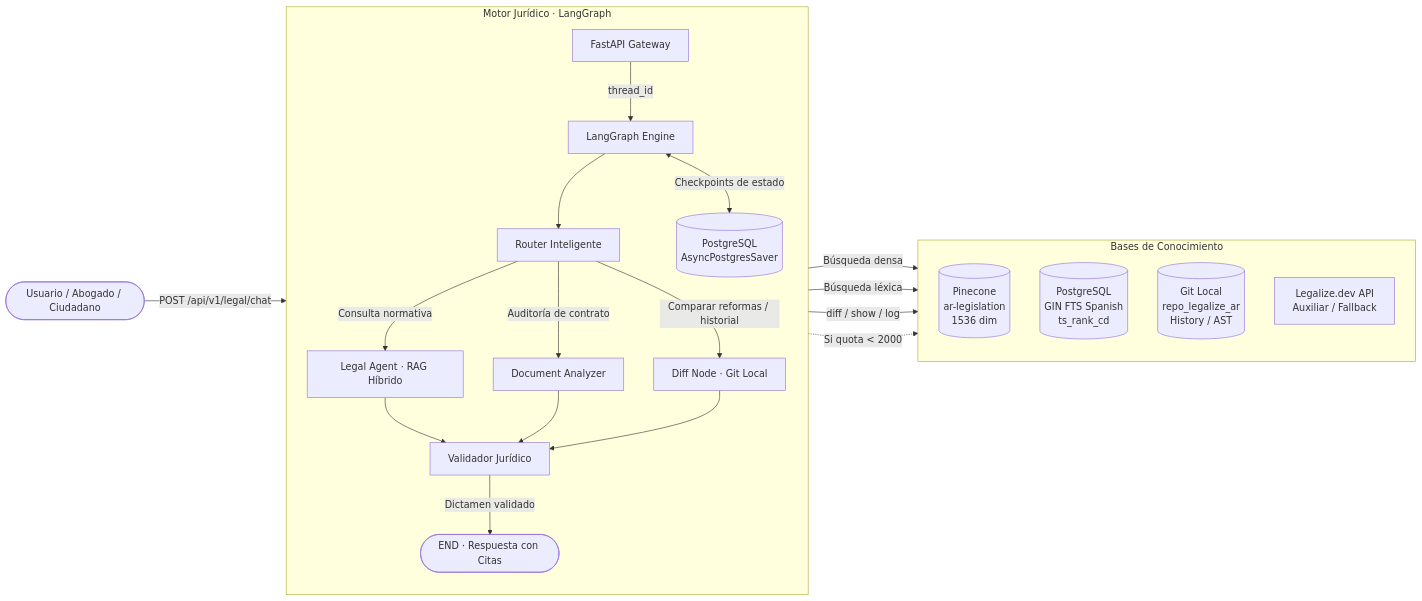
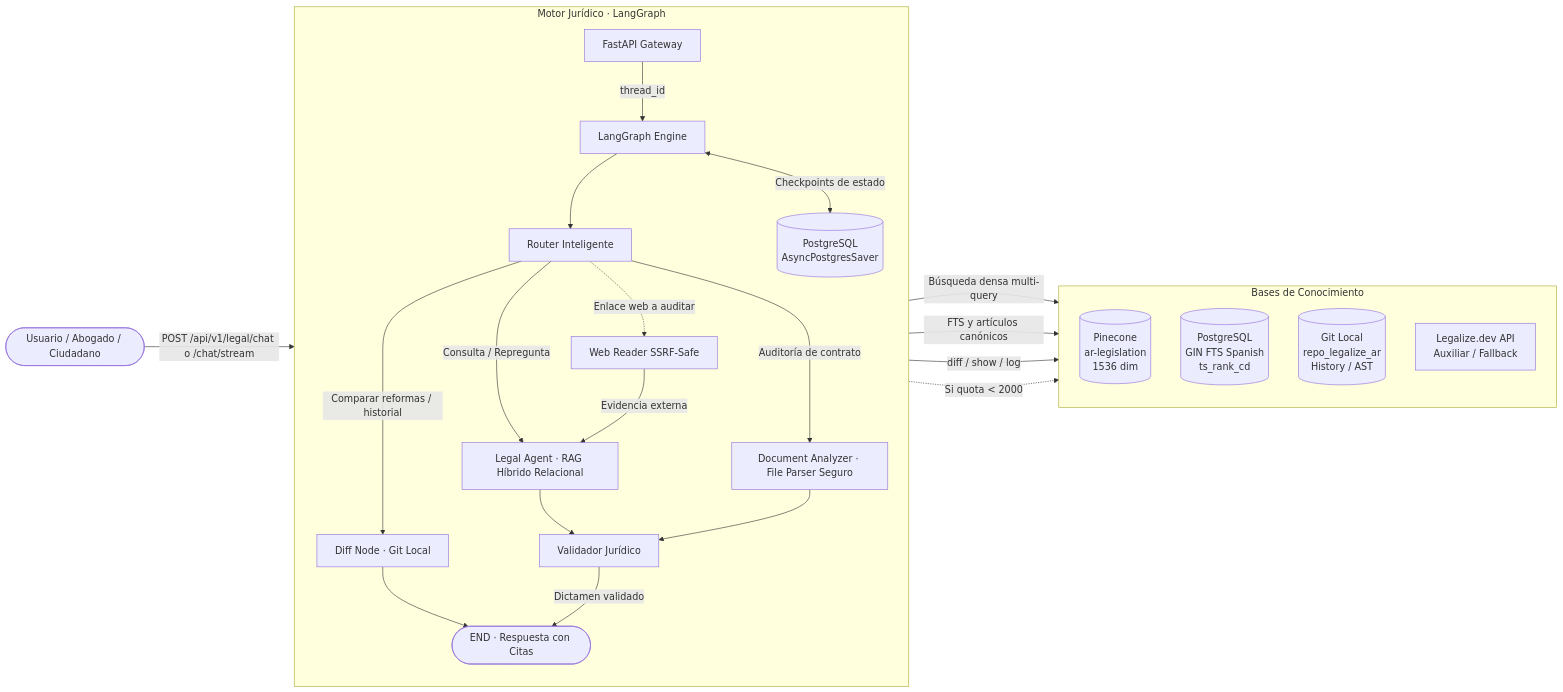
The diagram in README.md (iandiduch/Legalar), drawn with Mermaid before and after one commit. The commit also changed other lines of this file, not shown here.

Commit message:
docs: alinear README con RAG relacional, fact-checking y seguridad

````diff
--- a/README.md
+++ b/README.md
@@ -62,48 +63,50 @@
 ```mermaid
 flowchart LR
 
     %% =========================================================
     %% FLUJO PRINCIPAL
     %% =========================================================
 
     U([Usuario / Abogado / Ciudadano])
-        -->|POST /api/v1/legal/chat| API[FastAPI Gateway]
+        -->|POST /api/v1/legal/chat o /chat/stream| API[FastAPI Gateway]
 
     subgraph CORE["Motor Jurídico · LangGraph"]
         direction TB
 
         API -->|thread_id| GRAPH[LangGraph Engine]
 
         GRAPH --> ROUTER[Router Inteligente]
 
-        ROUTER -->|Consulta normativa| LEG[Legal Agent · RAG Híbrido]
-        ROUTER -->|Auditoría de contrato| DOC[Document Analyzer]
+        ROUTER -->|Consulta / Repregunta| LEG[Legal Agent · RAG Híbrido Relacional]
+        ROUTER -->|Auditoría de contrato| DOC[Document Analyzer · File Parser Seguro]
         ROUTER -->|Comparar reformas / historial| DIFF[Diff Node · Git Local]
+        ROUTER -.->|Enlace web a auditar| WEB[Web Reader SSRF-Safe]
 
+        WEB -->|Evidencia externa| LEG
         LEG --> VAL[Validador Jurídico]
         DOC --> VAL
-        DIFF --> VAL
+        DIFF --> END_OK([END · Comparativa Inmutable])
 
         VAL -->|Dictamen validado| END_OK([END · Respuesta con Citas])
 
         GRAPH <-->|Checkpoints de estado| CP[(PostgreSQL<br/>AsyncPostgresSaver)]
     end
 
     %% =========================================================
     %% FUENTES DE CONOCIMIENTO
     %% =========================================================
 
     subgraph KNOWLEDGE["Bases de Conocimiento"]
         direction TB
 
         PINE[(Pinecone<br/>ar-legislation<br/>1536 dim)]
         FTS[(PostgreSQL<br/>GIN FTS Spanish<br/>ts_rank_cd)]
         GIT[(Git Local<br/>repo_legalize_ar<br/>History / AST)]
         API_LEG[Legalize.dev API<br/>Auxiliar / Fallback]
     end
 
-    LEG -->|Búsqueda densa| PINE
-    LEG -->|Búsqueda léxica| FTS
+    LEG -->|Búsqueda densa multi-query| PINE
+    LEG -->|FTS y artículos canónicos| FTS
     DIFF -->|diff / show / log| GIT
     DIFF -.->|Si quota < 2000| API_LEG
 ```
````
